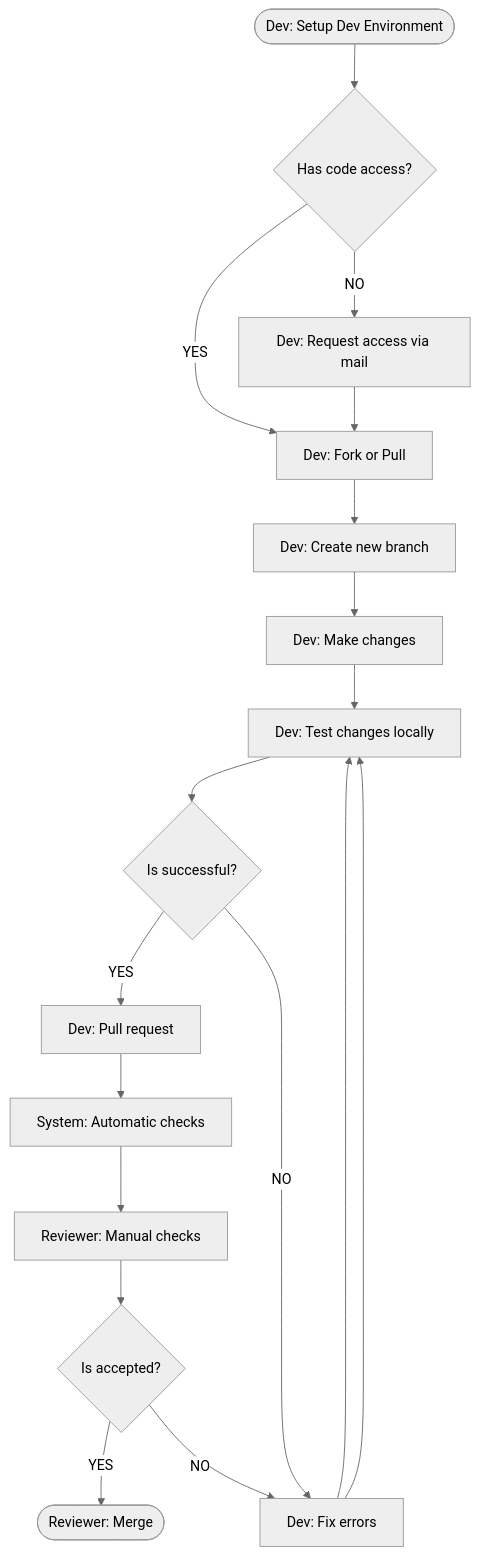
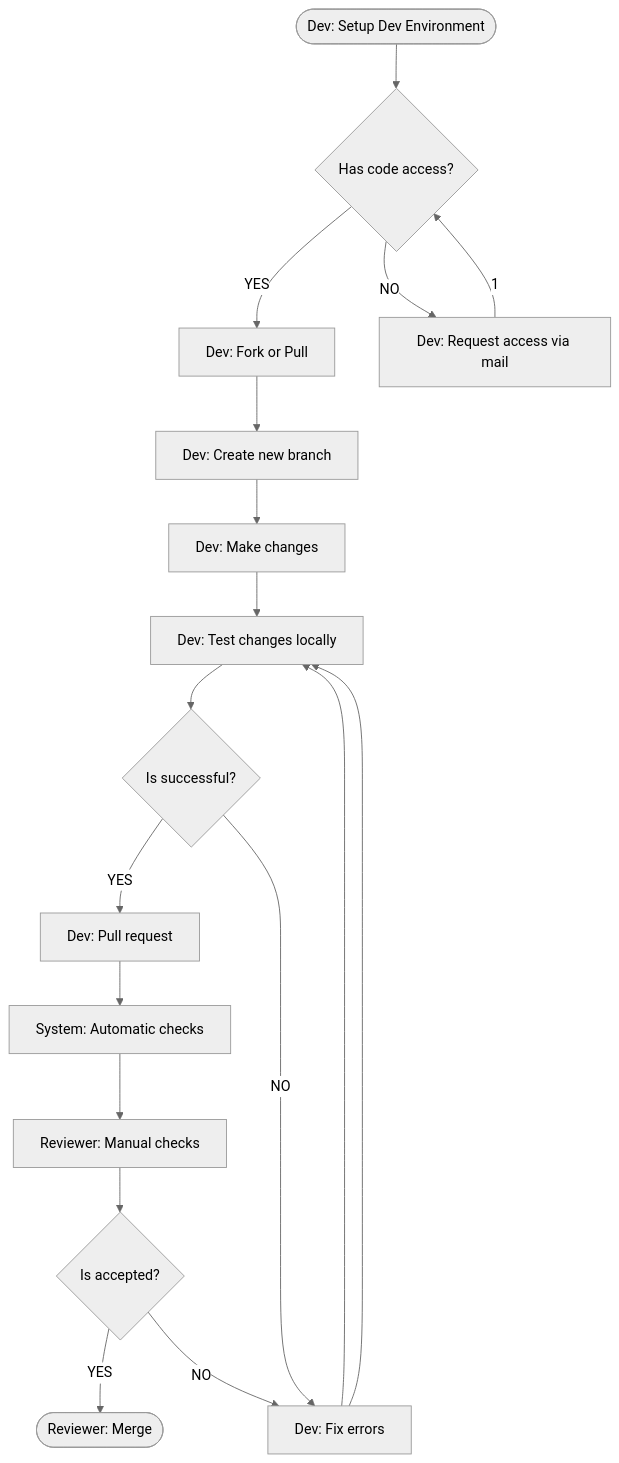
The diagram in Processes/01_Development_Flowchart.md (Karaka-Management/Organization-Guide), drawn with Mermaid (neutral theme) before and after one commit.

````diff
--- a/Processes/01_Development_Flowchart.md
+++ b/Processes/01_Development_Flowchart.md
@@ -3,20 +3,20 @@
 ```mermaid
 graph TD;
     SETUP_DEV_ENV([Dev: Setup Dev Environment])-->HAS_ACCESS{Has code access?};
     HAS_ACCESS-- YES -->FORK[Dev: Fork or Pull];
     HAS_ACCESS-- NO -->REQUEST_ACCESS[Dev: Request access via mail];
     FORK-->NEW_BRANCH[Dev: Create new branch];
-    REQUEST_ACCESS-->FORK;
+    REQUEST_ACCESS--1-->HAS_ACCESS;
     NEW_BRANCH-->CHANGE[Dev: Make changes];
     CHANGE-->TEST_CHANGE[Dev: Test changes locally];
     TEST_CHANGE-->IS_SUCCESSFUL{Is successful?};
     IS_SUCCESSFUL-- YES -->PULL_REQUEST[Dev: Pull request];
     IS_SUCCESSFUL-- NO -->FIX[Dev: Fix errors];
     FIX-->TEST_CHANGE;
     PULL_REQUEST-->AUTOMATIC_CHECKS[System: Automatic checks]
     AUTOMATIC_CHECKS-->MANUAL_CHECKS[Reviewer: Manual checks]
     MANUAL_CHECKS-->IS_ACCEPTED{Is accepted?};
     IS_ACCEPTED-- YES -->MERGE([Reviewer: Merge]);
     IS_ACCEPTED-- NO -->FIX;
     FIX-->TEST_CHANGE;
 ```
````
